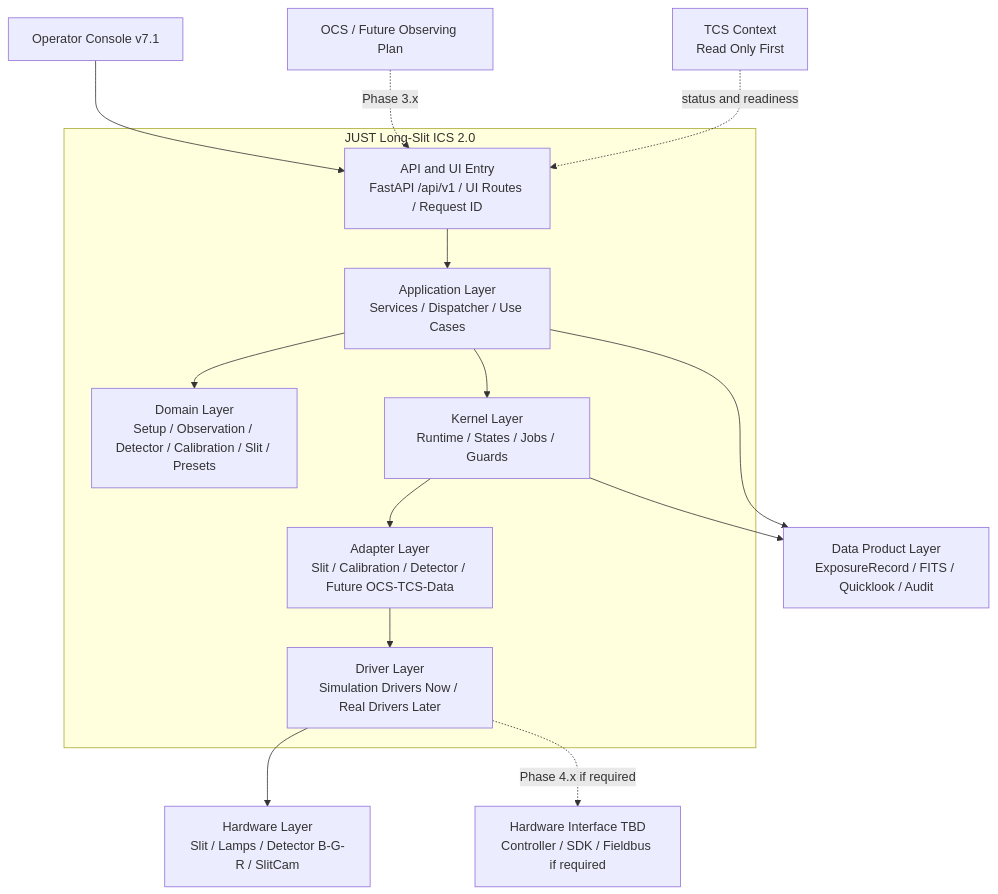
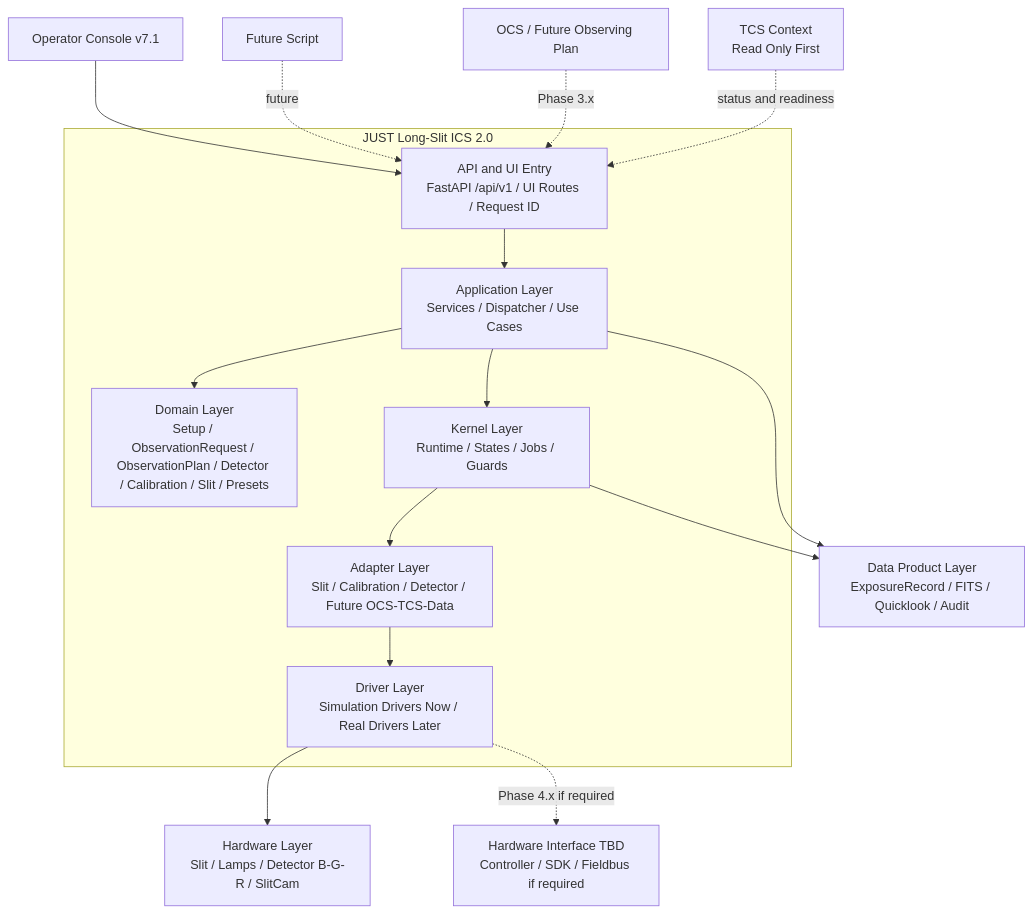
One commit to UmutMahmut/just-longslit-ics2 changed the first of 2 diagrams in docs/ics2_software_development_strategy.md. Above: the diagram before and after it, drawn with Mermaid. The commit also changed other lines of this file, not shown here.

````diff
--- a/docs/ics2_software_development_strategy.md
+++ b/docs/ics2_software_development_strategy.md
@@ -243,35 +266,37 @@
 ```mermaid
 flowchart TB
   OCS["OCS / Future Observing Plan"]
   Operator["Operator Console v7.1"]
+  Script["Future Script"]
   TCS["TCS Context<br/>Read Only First"]
 
   subgraph ICS["JUST Long-Slit ICS 2.0"]
     API["API and UI Entry<br/>FastAPI /api/v1 / UI Routes / Request ID"]
     APP["Application Layer<br/>Services / Dispatcher / Use Cases"]
-    DOMAIN["Domain Layer<br/>Setup / Observation / Detector / Calibration / Slit / Presets"]
+    DOMAIN["Domain Layer<br/>Setup / ObservationRequest / ObservationPlan / Detector / Calibration / Slit / Presets"]
     KERNEL["Kernel Layer<br/>Runtime / States / Jobs / Guards"]
     ADAPTER["Adapter Layer<br/>Slit / Calibration / Detector / Future OCS-TCS-Data"]
     DRIVER["Driver Layer<br/>Simulation Drivers Now / Real Drivers Later"]
   end
 
   DATA["Data Product Layer<br/>ExposureRecord / FITS / Quicklook / Audit"]
   HW["Hardware Layer<br/>Slit / Lamps / Detector B-G-R / SlitCam"]
   HWIF["Hardware Interface TBD<br/>Controller / SDK / Fieldbus if required"]
 
   Operator --> API
+  Script -. "future" .-> API
   OCS -. "Phase 3.x" .-> API
   TCS -. "status and readiness" .-> API
 
   API --> APP
   APP --> DOMAIN
   APP --> KERNEL
   KERNEL --> ADAPTER
   ADAPTER --> DRIVER
 
   DRIVER --> HW
   DRIVER -. "Phase 4.x if required" .-> HWIF
 
   APP --> DATA
   KERNEL --> DATA
 ```
````
